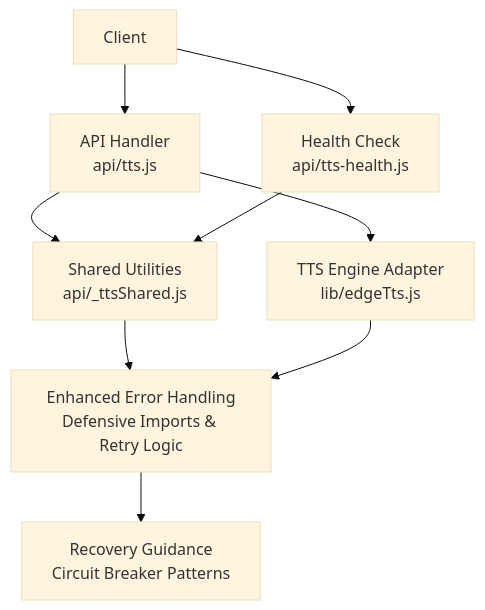
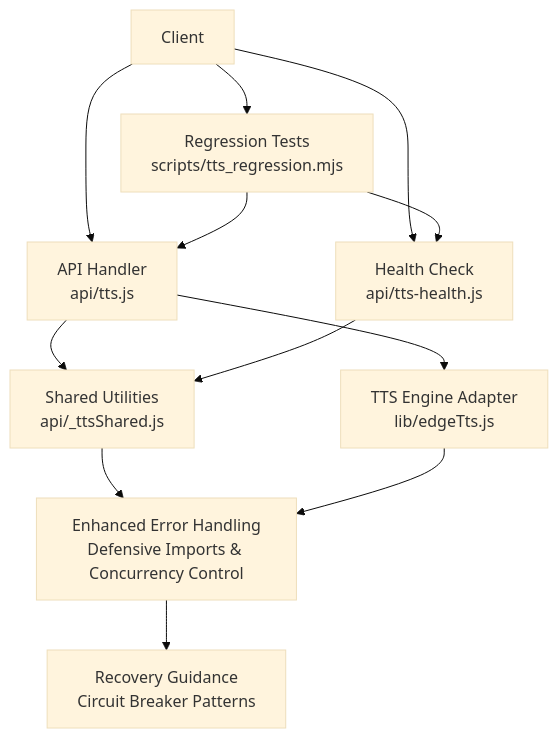
The first of 6 diagrams in .qoder/repowiki/en/content/API Reference/Text-to-Speech API.md (zmyeo54/briefroom), drawn with Mermaid (base theme) before and after one commit. The commit also changed other lines of this file and 13 other files, not shown here.

````diff
--- a/.qoder/repowiki/en/content/API Reference/Text-to-Speech API.md
+++ b/.qoder/repowiki/en/content/API Reference/Text-to-Speech API.md
@@ -45,11 +47,14 @@
 ```mermaid
 graph TB
 Client["Client"] --> TTS["API Handler<br/>api/tts.js"]
 Client --> Health["Health Check<br/>api/tts-health.js"]
+Client --> Tests["Regression Tests<br/>scripts/tts_regression.mjs"]
 TTS --> Shared["Shared Utilities<br/>api/_ttsShared.js"]
 TTS --> EdgeTTS["TTS Engine Adapter<br/>lib/edgeTts.js"]
 Health --> Shared
-Shared --> ErrorHandling["Enhanced Error Handling<br/>Defensive Imports & Retry Logic"]
+Tests --> TTS
+Tests --> Health
+Shared --> ErrorHandling["Enhanced Error Handling<br/>Defensive Imports & Concurrency Control"]
 EdgeTTS --> ErrorHandling
 ErrorHandling --> Recovery["Recovery Guidance<br/>Circuit Breaker Patterns"]
 ```
````
